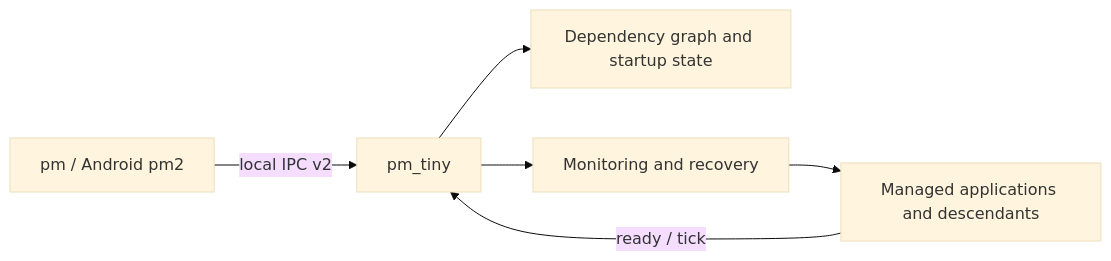
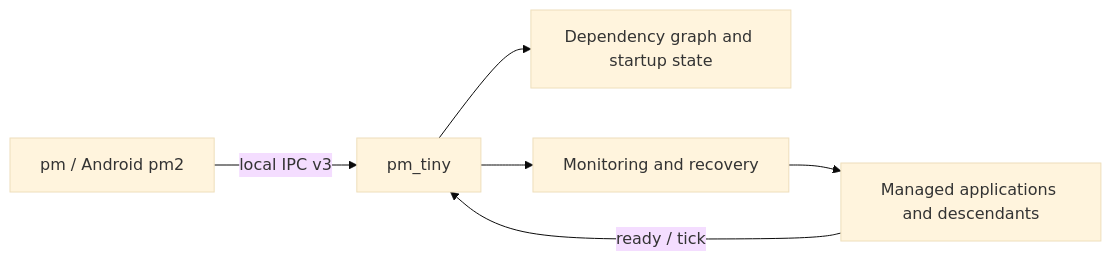
Before and after one commit to luoqianlin/pm_tiny: the diagram in README_en.md, drawn with Mermaid (base theme). The commit also changed other lines of this file and 236 other files, not shown here.

````diff
--- a/README_en.md
+++ b/README_en.md
@@ -25,8 +25,8 @@
 ```mermaid
 flowchart LR
-    CLI[pm / Android pm2] -->|local IPC v2| Daemon[pm_tiny]
+    CLI[pm / Android pm2] -->|local IPC v3| Daemon[pm_tiny]
     Daemon --> DAG[Dependency graph and startup state]
     Daemon --> Runtime[Monitoring and recovery]
     Runtime --> Apps[Managed applications and descendants]
     Apps -->|ready / tick| Daemon
 ```
````
